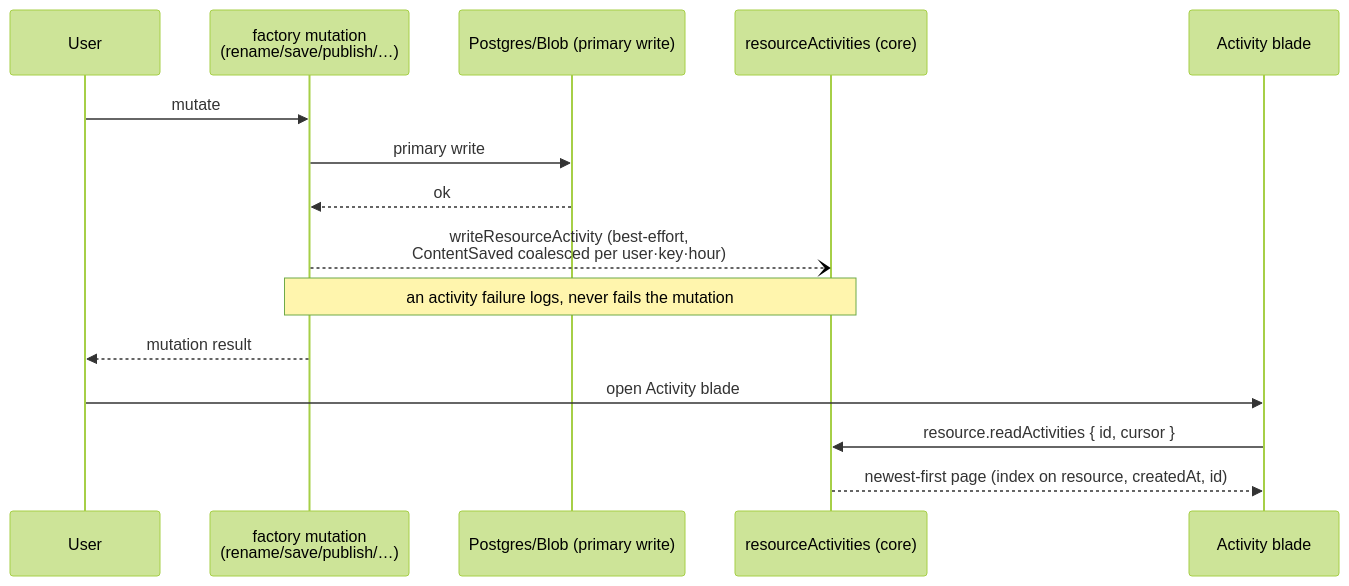
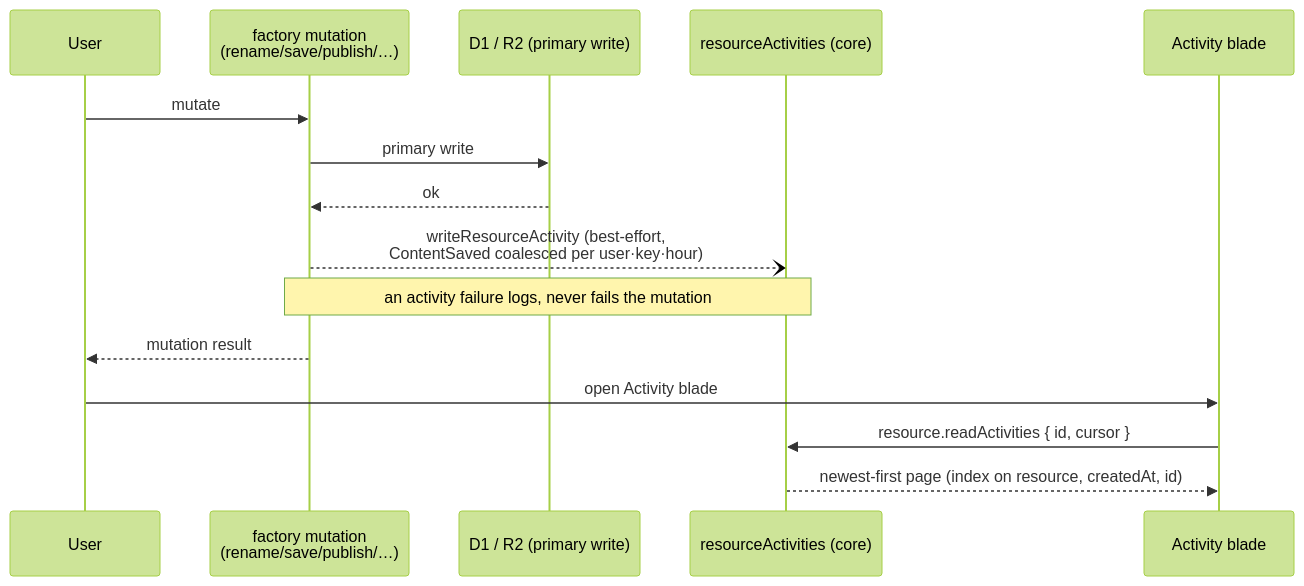
The diagram in openspec/specs/resource/activity-log/design.md (Esposter/Esposter), drawn with Mermaid (forest theme) before and after one commit. The commit also changed other lines of this file and 1 other file, not shown here.

Commit message:
docs(openspec): the resource activity trail is a D1 table read newest first
The Azure Table is replaced by resourceActivities in the core database, and the sequence diagram names D1 and R2 for the primary write.

````diff
--- a/openspec/specs/resource/activity-log/design.md
+++ b/openspec/specs/resource/activity-log/design.md
@@ -15,18 +15,18 @@
 ```mermaid
 sequenceDiagram
   participant U as User
   participant P as factory mutation<br/>(rename/save/publish/…)
-  participant PG as Postgres/Blob (primary write)
+  participant DB as D1 / R2 (primary write)
   participant RA as resourceActivities (core)
   participant B as Activity blade
 
   U->>P: mutate
-  P->>PG: primary write
-  PG-->>P: ok
+  P->>DB: primary write
+  DB-->>P: ok
   P--)RA: writeResourceActivity (best-effort,<br/>ContentSaved coalesced per user·key·hour)
   Note over P,RA: an activity failure logs, never fails the mutation
   P-->>U: mutation result
   U->>B: open Activity blade
   B->>RA: resource.readActivities { id, cursor }
   RA-->>B: newest-first page (index on resource, createdAt, id)
 ```
````
